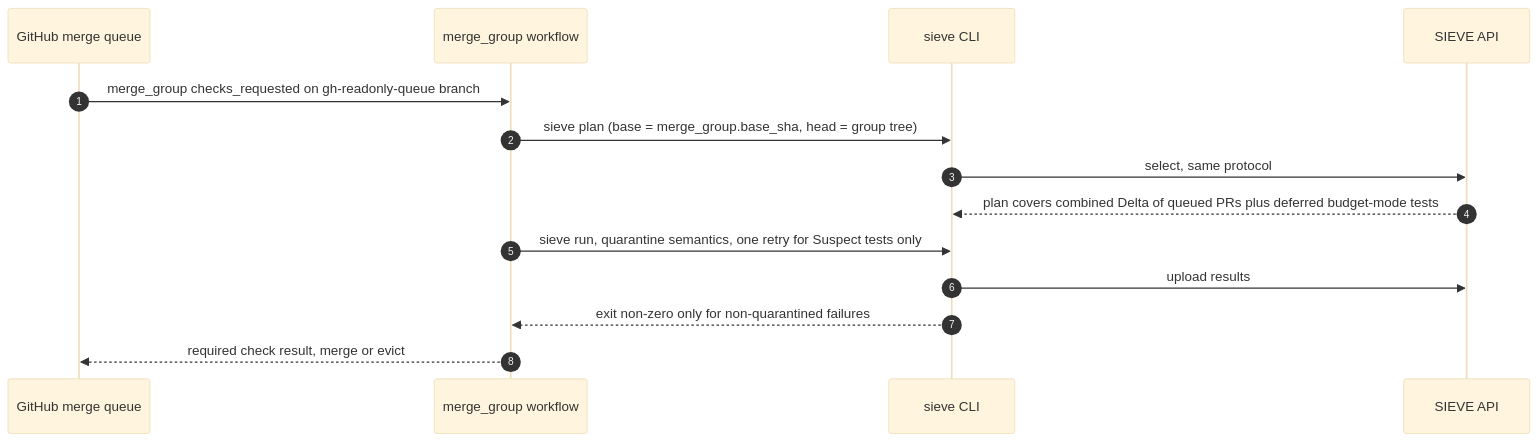
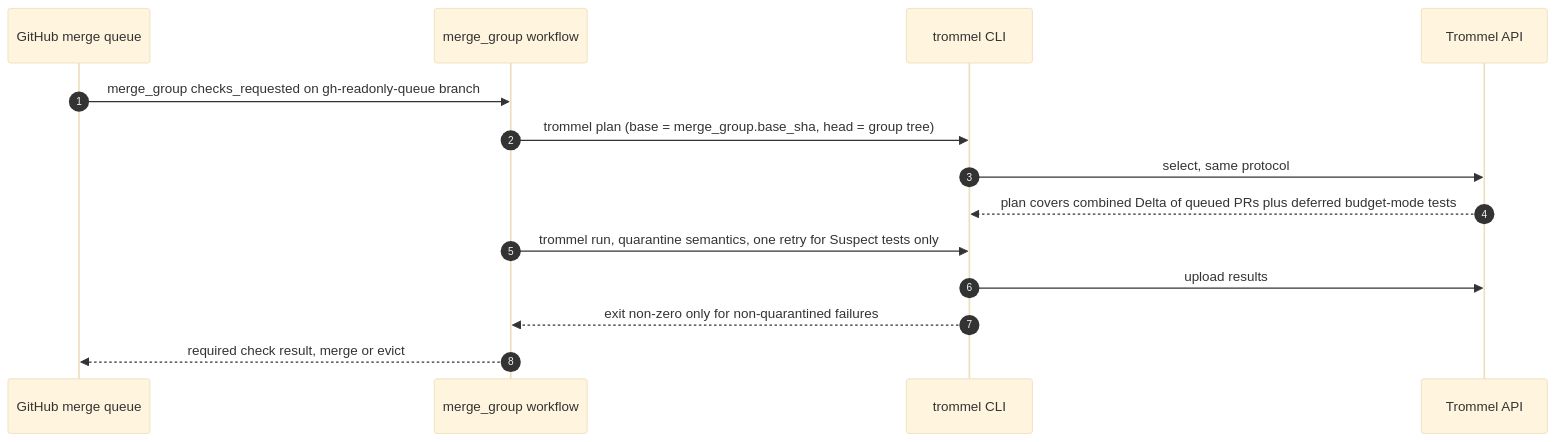
Before and after one commit to ojassug/sieve: the eighth of 10 diagrams in docs/architecture.md, drawn with Mermaid (base theme). The commit also changed other lines of this file and 82 other files, not shown here.

First line of the commit message:
refactor: rename SIEVE to Trommel (DECISIONS 30)

````diff
--- a/docs/architecture.md
+++ b/docs/architecture.md
@@ -293,16 +293,16 @@
 ```mermaid
 sequenceDiagram
   autonumber
   participant Q as GitHub merge queue
   participant J as merge_group workflow
-  participant C as sieve CLI
-  participant A as SIEVE API
+  participant C as trommel CLI
+  participant A as Trommel API
   Q->>J: merge_group checks_requested on gh-readonly-queue branch
-  J->>C: sieve plan (base = merge_group.base_sha, head = group tree)
+  J->>C: trommel plan (base = merge_group.base_sha, head = group tree)
   C->>A: select, same protocol
   A-->>C: plan covers combined Delta of queued PRs plus deferred budget-mode tests
-  J->>C: sieve run, quarantine semantics, one retry for Suspect tests only
+  J->>C: trommel run, quarantine semantics, one retry for Suspect tests only
   C->>A: upload results
   C-->>J: exit non-zero only for non-quarantined failures
   J-->>Q: required check result, merge or evict
 ```
````
